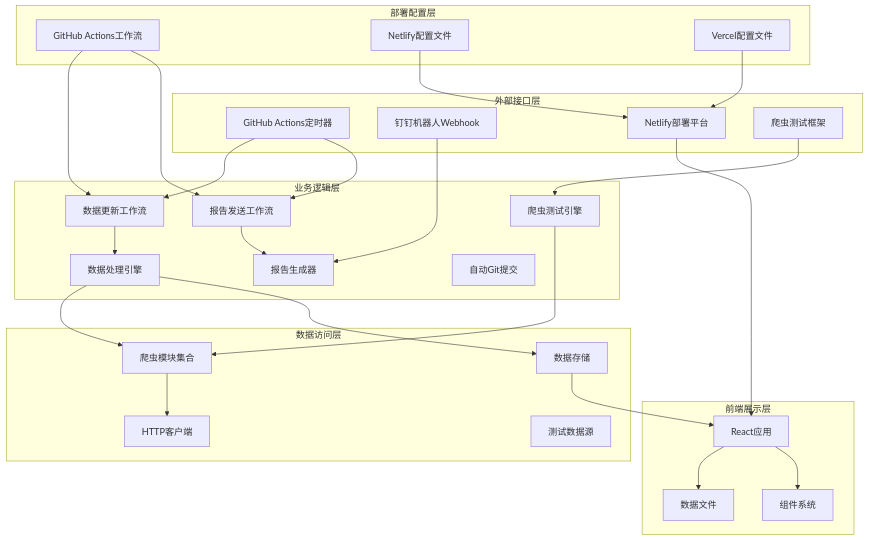
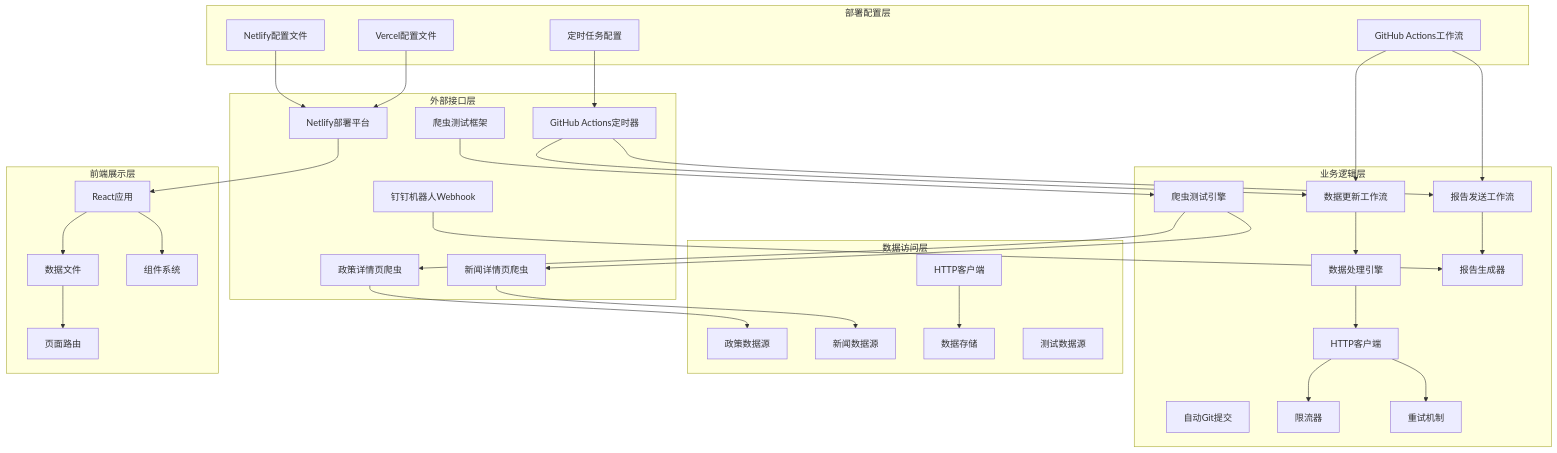
One commit to liangxuanliang-cmd/carbon-info-agent changed the fifth of 16 diagrams in .qoder/repowiki/zh/content/部署与维护/自动化每日报告系统.md. Above: the diagram before and after it, drawn with Mermaid. The commit also changed other lines of this file and 21 other files, not shown here.

````diff
--- a/.qoder/repowiki/zh/content/部署与维护/自动化每日报告系统.md
+++ b/.qoder/repowiki/zh/content/部署与维护/自动化每日报告系统.md
@@ -236,51 +223,64 @@
 ```mermaid
 graph TB
 subgraph "外部接口层"
 A[GitHub Actions定时器]
 B[钉钉机器人Webhook]
 C[Netlify部署平台]
 D[爬虫测试框架]
+E[政策详情页爬虫]
+F[新闻详情页爬虫]
 end
 subgraph "业务逻辑层"
-E[数据更新工作流]
-F[报告发送工作流]
-G[数据处理引擎]
-H[报告生成器]
-I[自动Git提交]
-J[爬虫测试引擎]
+G[数据更新工作流]
+H[报告发送工作流]
+I[数据处理引擎]
+J[报告生成器]
+K[自动Git提交]
+L[爬虫测试引擎]
+M[HTTP客户端]
+N[限流器]
+O[重试机制]
 end
 subgraph "数据访问层"
-K[爬虫模块集合]
-L[HTTP客户端]
-M[数据存储]
-N[测试数据源]
+P[政策数据源]
+Q[新闻数据源]
+R[HTTP客户端]
+S[数据存储]
+T[测试数据源]
 end
 subgraph "前端展示层"
-O[React应用]
-P[数据文件]
-Q[组件系统]
+U[React应用]
+V[数据文件]
+W[组件系统]
+X[页面路由]
 end
 subgraph "部署配置层"
-R[GitHub Actions工作流]
-S[Netlify配置文件]
-T[Vercel配置文件]
+Y[GitHub Actions工作流]
+Z[Netlify配置文件]
+AA[Vercel配置文件]
+BB[定时任务配置]
 end
-A --> E
-A --> F
-B --> H
-C --> O
-D --> J
-E --> G
-F --> H
-G --> K
-J --> K
-K --> L
-G --> M
+A --> G
+A --> H
+B --> J
+C --> U
+D --> L
+G --> I
+H --> J
+I --> M
+L --> E
+L --> F
+M --> N
 M --> O
-O --> P
-O --> Q
-R --> E
-R --> F
-S --> C
-T --> C
+E --> P
+F --> Q
+R --> S
+U --> V
+U --> W
+V --> X
+Y --> G
+Y --> H
+Z --> C
+AA --> C
+BB --> A
 ```
````
